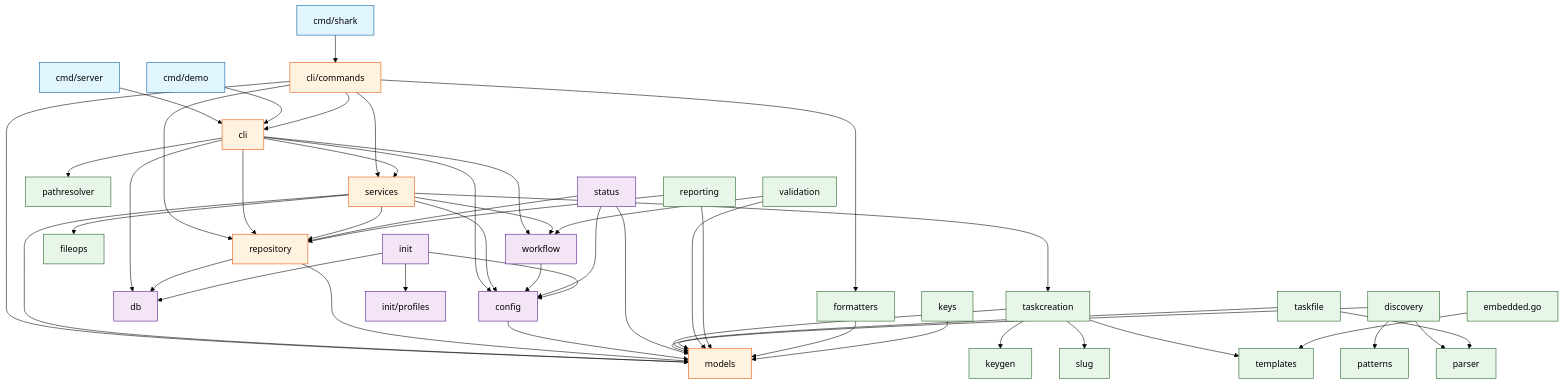
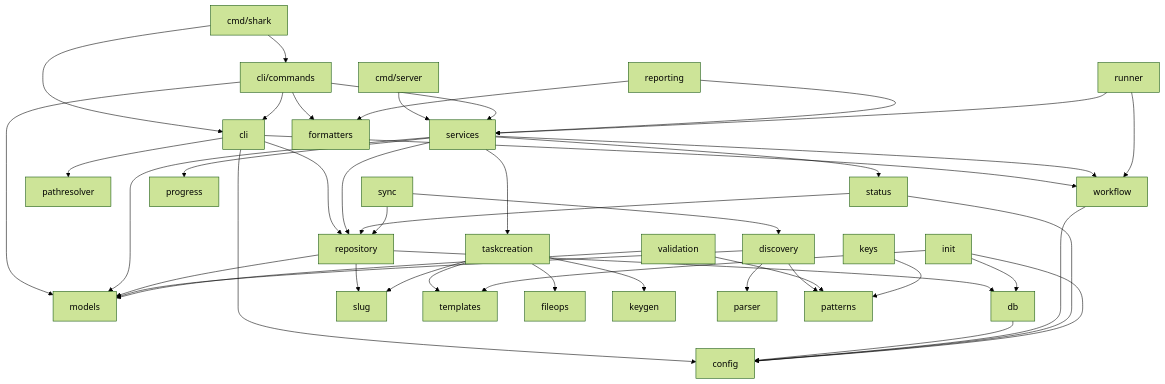
The first of 2 diagrams in brownfield-docs/diagrams/structural/package-dependencies.md (jwwelbor/shark-task-manager), drawn with Mermaid (forest theme) before and after one commit. The commit also changed other lines of this file and 47 other files, not shown here.

````diff
--- a/brownfield-docs/diagrams/structural/package-dependencies.md
+++ b/brownfield-docs/diagrams/structural/package-dependencies.md
@@ -9,79 +9,60 @@
 ```mermaid
 graph TD
-    %% Entry points
     CMD_SHARK["cmd/shark"] --> CLI_CMDS["cli/commands"]
-    CMD_SERVER["cmd/server"] --> CLI["cli"]
-    CMD_DEMO["cmd/demo"] --> CLI
+    CMD_SERVER["cmd/server"] --> SERVICES
+    CMD_SHARK --> CLI
 
-    %% CLI layer
-    CLI_CMDS --> CLI
+    CLI_CMDS --> CLI["cli"]
     CLI_CMDS --> SERVICES["services"]
     CLI_CMDS --> MODELS["models"]
-    CLI_CMDS --> REPO["repository"]
     CLI_CMDS --> FORMATTERS["formatters"]
 
-    %% CLI framework
-    CLI --> SERVICES
-    CLI --> REPO
+    CLI --> REPOSITORY["repository"]
     CLI --> WORKFLOW["workflow"]
     CLI --> CONFIG["config"]
-    CLI --> DB["db"]
     CLI --> PATHRESOLVER["pathresolver"]
 
-    %% Service layer
+    SERVICES --> REPOSITORY
+    SERVICES --> WORKFLOW
     SERVICES --> MODELS
-    SERVICES --> REPO
-    SERVICES --> WORKFLOW
-    SERVICES --> CONFIG
     SERVICES --> TASKCREATION["taskcreation"]
-    SERVICES --> FILEOPS["fileops"]
+    SERVICES --> STATUS["status"]
+    SERVICES --> PROGRESS["progress"]
 
-    %% Repository layer
-    REPO --> MODELS
-    REPO --> DB
+    REPOSITORY --> DB["db"]
+    REPOSITORY --> MODELS
+    REPOSITORY --> SLUG["slug"]
 
-    %% Infrastructure
+    DB --> CONFIG
+
+    TASKCREATION --> TEMPLATES["templates"]
+    TASKCREATION --> FILEOPS["fileops"]
+    TASKCREATION --> KEYGEN["keygen"]
+    TASKCREATION --> SLUG
+
     WORKFLOW --> CONFIG
-    CONFIG --> MODELS
-    STATUS["status"] --> MODELS
-    STATUS --> REPO
     STATUS --> CONFIG
+    STATUS --> REPOSITORY
 
-    %% Initialization
+    DISCOVERY["discovery"] --> PARSER["parser"]
+    DISCOVERY --> PATTERNS["patterns"]
+    DISCOVERY --> MODELS
+
+    SYNC["sync"] --> DISCOVERY
+    SYNC --> REPOSITORY
+
     INIT["init"] --> CONFIG
     INIT --> DB
-    INIT --> PROFILES["init/profiles"]
+    INIT --> TEMPLATES
 
-    %% Discovery
-    DISCOVERY["discovery"] --> MODELS
-    DISCOVERY --> PATTERNS["patterns"]
-    DISCOVERY --> PARSER["parser"]
+    VALIDATION["validation"] --> MODELS
+    VALIDATION --> PATTERNS
 
-    %% Utilities
-    TASKCREATION --> MODELS
-    TASKCREATION --> KEYGEN["keygen"]
-    TASKCREATION --> SLUG["slug"]
-    TASKCREATION --> TEMPLATES["templates"]
-    TASKFILE["taskfile"] --> MODELS
-    TASKFILE --> PARSER
-    VALIDATION["validation"] --> MODELS
-    VALIDATION --> WORKFLOW
-    REPORTING["reporting"] --> MODELS
-    REPORTING --> REPO
-    FORMATTERS --> MODELS
-    KEYS["keys"] --> MODELS
+    KEYS["keys"] --> PATTERNS
 
-    %% Embedded templates
-    EMBEDDED["embedded.go"] --> TEMPLATES
+    REPORTING["reporting"] --> SERVICES
+    REPORTING --> FORMATTERS
 
-    %% Styling
-    classDef entry fill:#e1f5fe,stroke:#01579b
-    classDef core fill:#fff3e0,stroke:#e65100
-    classDef infra fill:#f3e5f5,stroke:#4a148c
-    classDef util fill:#e8f5e9,stroke:#1b5e20
-
-    class CMD_SHARK,CMD_SERVER,CMD_DEMO entry
-    class CLI,CLI_CMDS,SERVICES,REPO,MODELS core
-    class DB,WORKFLOW,CONFIG,STATUS,INIT,PROFILES infra
-    class TASKCREATION,KEYGEN,SLUG,TEMPLATES,TASKFILE,PARSER,PATTERNS,FILEOPS,VALIDATION,FORMATTERS,REPORTING,KEYS,PATHRESOLVER,DISCOVERY,EMBEDDED util
+    RUNNER["runner"] --> SERVICES
+    RUNNER --> WORKFLOW
 ```
````
